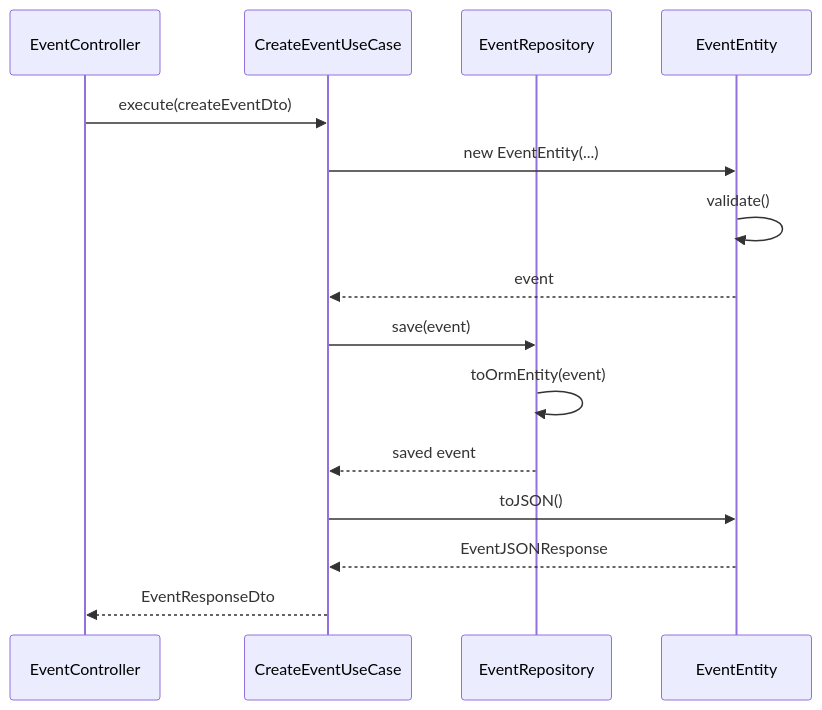
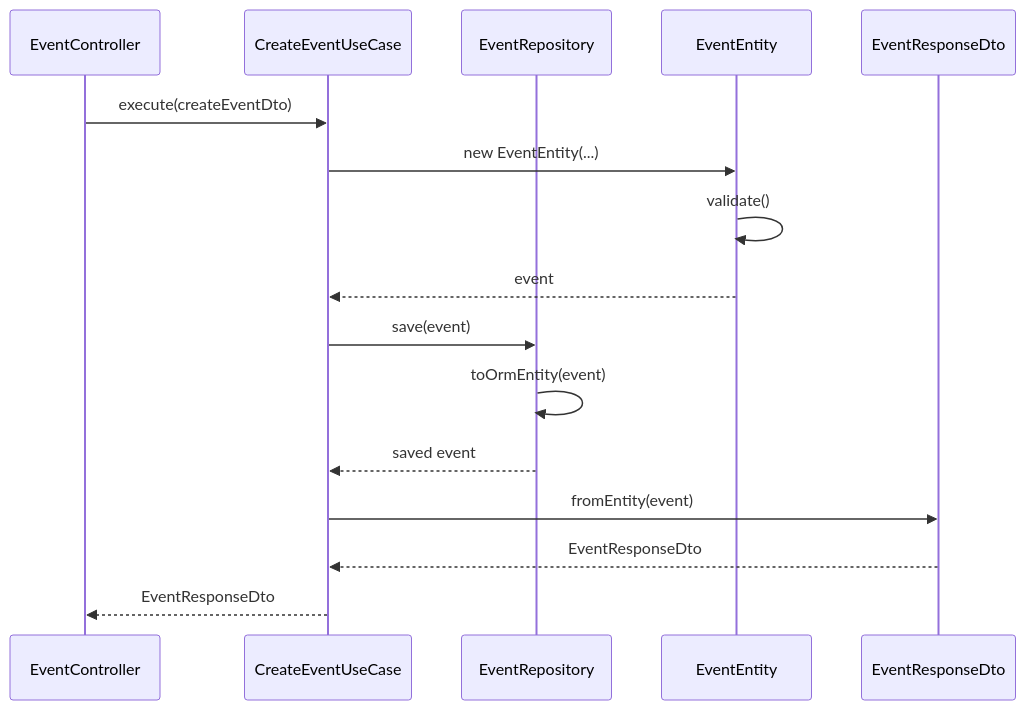
Before and after one commit to kencom2400/account-book: the seventh of 7 diagrams in docs/detailed-design/FR-021_event-memo/class-diagrams.md, drawn with Mermaid. The commit also changed other lines of this file and 3 other files, not shown here.

````diff
--- a/docs/detailed-design/FR-021_event-memo/class-diagrams.md
+++ b/docs/detailed-design/FR-021_event-memo/class-diagrams.md
@@ -535,18 +549,19 @@
 ```mermaid
 sequenceDiagram
     participant C as EventController
     participant U as CreateEventUseCase
     participant R as EventRepository
     participant E as EventEntity
+    participant DTO as EventResponseDto
 
     C->>U: execute(createEventDto)
     U->>E: new EventEntity(...)
     E->>E: validate()
     E-->>U: event
     U->>R: save(event)
     R->>R: toOrmEntity(event)
     R-->>U: saved event
-    U->>E: toJSON()
-    E-->>U: EventJSONResponse
+    U->>DTO: fromEntity(event)
+    DTO-->>U: EventResponseDto
     U-->>C: EventResponseDto
 ```
````
